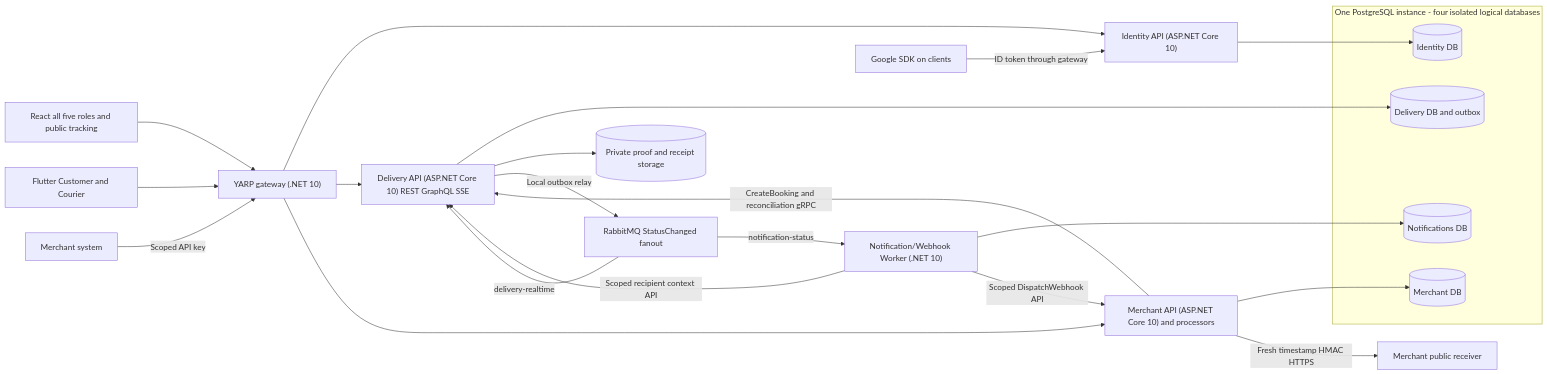
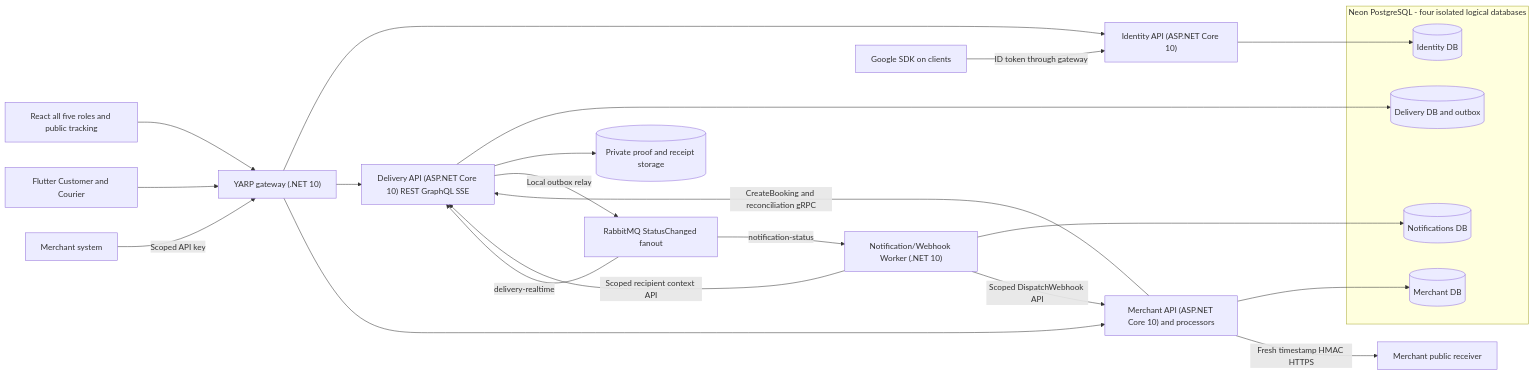
Before and after one commit to SwiftDrop-Group09/swiftdrop-docs: the diagram in design/diagrams/architecture/architecture.md, drawn with Mermaid. The commit also changed other lines of this file and 37 other files, not shown here.

````diff
--- a/design/diagrams/architecture/architecture.md
+++ b/design/diagrams/architecture/architecture.md
@@ -9,28 +9,28 @@
 ```mermaid
 flowchart LR
     R[React all five roles and public tracking] --> G["YARP gateway (.NET 10)"]
     F[Flutter Customer and Courier] --> G
     S[Merchant system] -->|Scoped API key| G
     G --> I["Identity API (ASP.NET Core 10)"]
     G --> D["Delivery API (ASP.NET Core 10) REST GraphQL SSE"]
     G --> M["Merchant API (ASP.NET Core 10) and processors"]
     I --> IDB[(Identity DB)]
     D --> DDB[(Delivery DB and outbox)]
     M --> MDB[(Merchant DB)]
     M -->|CreateBooking and reconciliation gRPC| D
     D --> O[(Private proof and receipt storage)]
     D -->|Local outbox relay| B[RabbitMQ StatusChanged fanout]
     B -->|notification-status| W["Notification/Webhook Worker (.NET 10)"]
     B -->|delivery-realtime| D
     W --> NDB[(Notifications DB)]
     W -->|Scoped DispatchWebhook API| M
     W -->|Scoped recipient context API| D
     M -->|Fresh timestamp HMAC HTTPS| E[Merchant public receiver]
     C[Google SDK on clients] -->|ID token through gateway| I
-    subgraph P[One PostgreSQL instance - four isolated logical databases]
+    subgraph P[Neon PostgreSQL - four isolated logical databases]
         IDB
         DDB
         MDB
         NDB
     end
 ```
````
